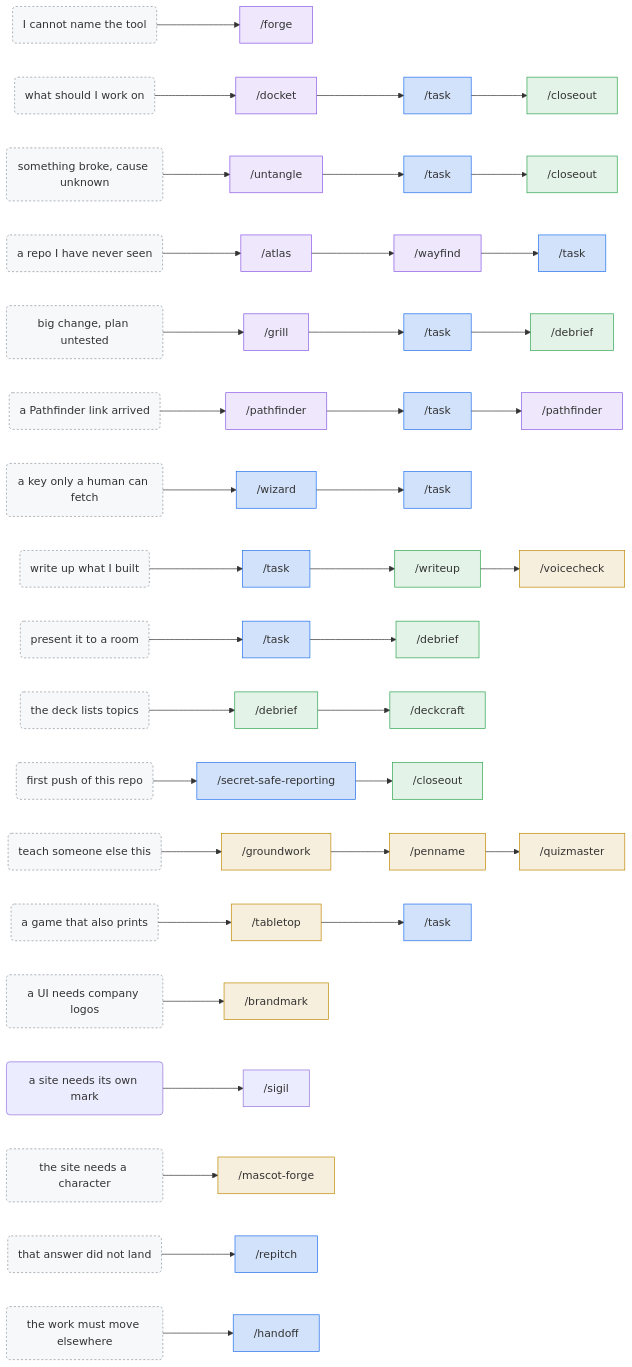
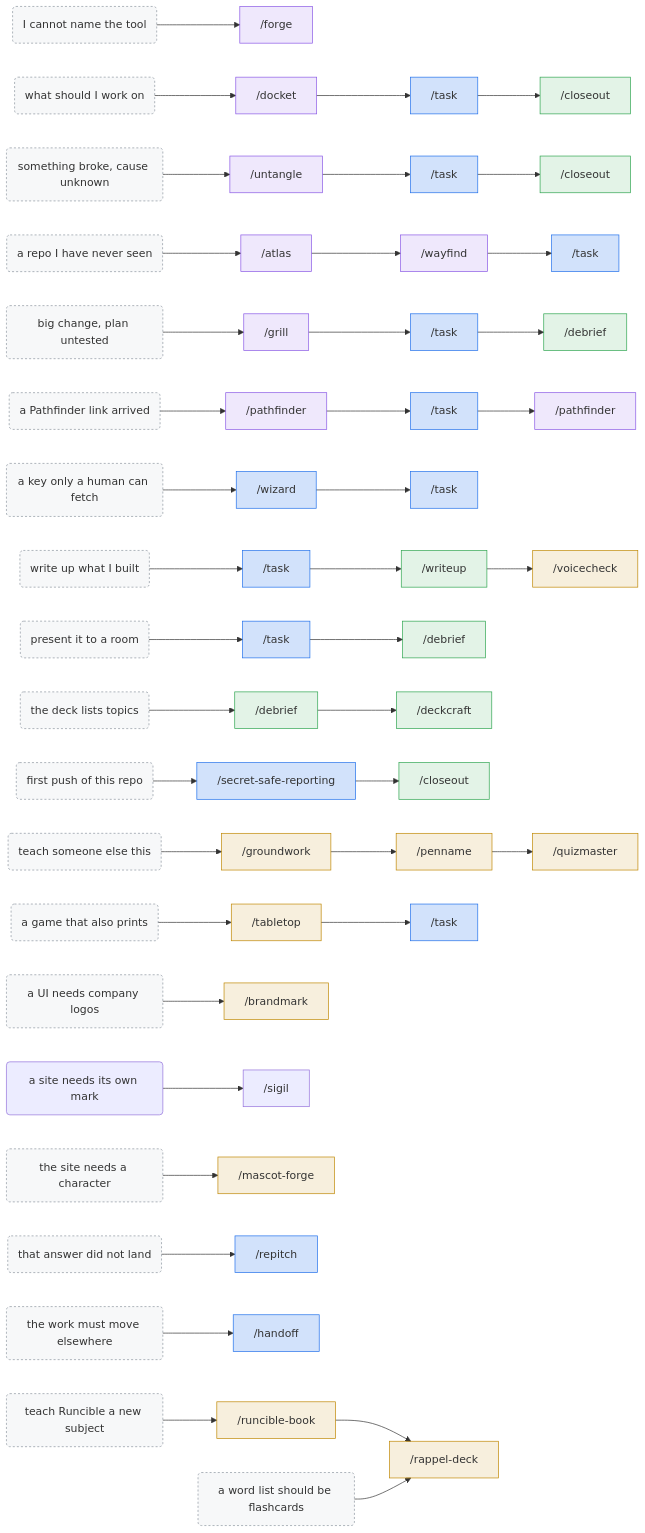
Before and after one commit to LucianoAdonis/neorgon-forge: the second of 2 diagrams in README.md, drawn with Mermaid. The commit also changed other lines of this file and 18 other files, not shown here.

First line of the commit message:
feat(skills): runcible-book and rappel-deck

````diff
--- a/README.md
+++ b/README.md
@@ -102,32 +102,34 @@
 ```mermaid
 flowchart LR
     q1("I cannot name the tool") --> n1_0["/forge"]
     q2("what should I work on") --> n2_0["/docket"] --> n2_1["/task"] --> n2_2["/closeout"]
     q3("something broke, cause unknown") --> n3_0["/untangle"] --> n3_1["/task"] --> n3_2["/closeout"]
     q4("a repo I have never seen") --> n4_0["/atlas"] --> n4_1["/wayfind"] --> n4_2["/task"]
     q5("big change, plan untested") --> n5_0["/grill"] --> n5_1["/task"] --> n5_2["/debrief"]
     q6("a Pathfinder link arrived") --> n6_0["/pathfinder"] --> n6_1["/task"] --> n6_2["/pathfinder"]
     q7("a key only a human can fetch") --> n7_0["/wizard"] --> n7_1["/task"]
     q8("write up what I built") --> n8_0["/task"] --> n8_1["/writeup"] --> n8_2["/voicecheck"]
     q9("present it to a room") --> n9_0["/task"] --> n9_1["/debrief"]
     q10("the deck lists topics") --> n10_0["/debrief"] --> n10_1["/deckcraft"]
     q11("first push of this repo") --> n11_0["/secret-safe-reporting"] --> n11_1["/closeout"]
     q12("teach someone else this") --> n12_0["/groundwork"] --> n12_1["/penname"] --> n12_2["/quizmaster"]
     q13("a game that also prints") --> n13_0["/tabletop"] --> n13_1["/task"]
     q14("a UI needs company logos") --> n14_0["/brandmark"]
     q14b("a site needs its own mark") --> n14b_0["/sigil"]
     q15("the site needs a character") --> n15_0["/mascot-forge"]
     q16("that answer did not land") --> n16_0["/repitch"]
     q17("the work must move elsewhere") --> n17_0["/handoff"]
+    q18("teach Runcible a new subject") --> n18_0["/runcible-book"] --> n18_1["/rappel-deck"]
+    q19("a word list should be flashcards") --> n18_1
 
     classDef before fill:#8957e522,stroke:#8957e5,stroke-width:1px
     classDef during fill:#1f6feb33,stroke:#1f6feb,stroke-width:1px
     classDef after fill:#2da44e22,stroke:#2da44e,stroke-width:1px
     classDef craft fill:#bf870022,stroke:#bf8700,stroke-width:1px
     classDef ask fill:#8b949e11,stroke:#8b949e,stroke-dasharray:3 3
-    class q1,q2,q3,q4,q5,q6,q7,q8,q9,q10,q11,q12,q13,q14,q15,q16,q17 ask
+    class q1,q2,q3,q4,q5,q6,q7,q8,q9,q10,q11,q12,q13,q14,q15,q16,q17,q18,q19 ask
     class n1_0,n2_0,n3_0,n4_0,n4_1,n5_0,n6_0,n6_2 before
     class n2_1,n3_1,n4_2,n5_1,n6_1,n7_0,n7_1,n8_0,n9_0,n11_0,n13_1,n16_0,n17_0 during
     class n2_2,n3_2,n5_2,n8_1,n9_1,n10_0,n10_1,n11_1 after
-    class n8_2,n12_0,n12_1,n12_2,n13_0,n14_0,n15_0 craft
+    class n8_2,n12_0,n12_1,n12_2,n13_0,n14_0,n15_0,n18_0,n18_1 craft
 ```
````
